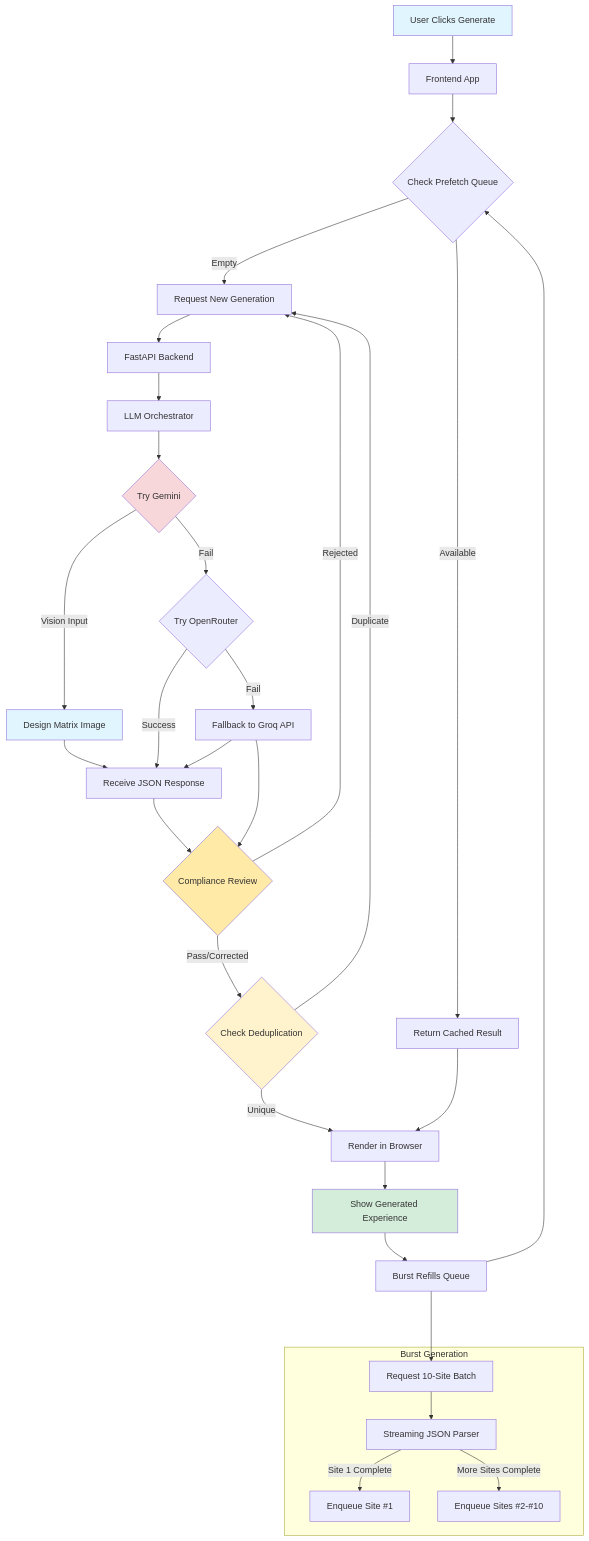
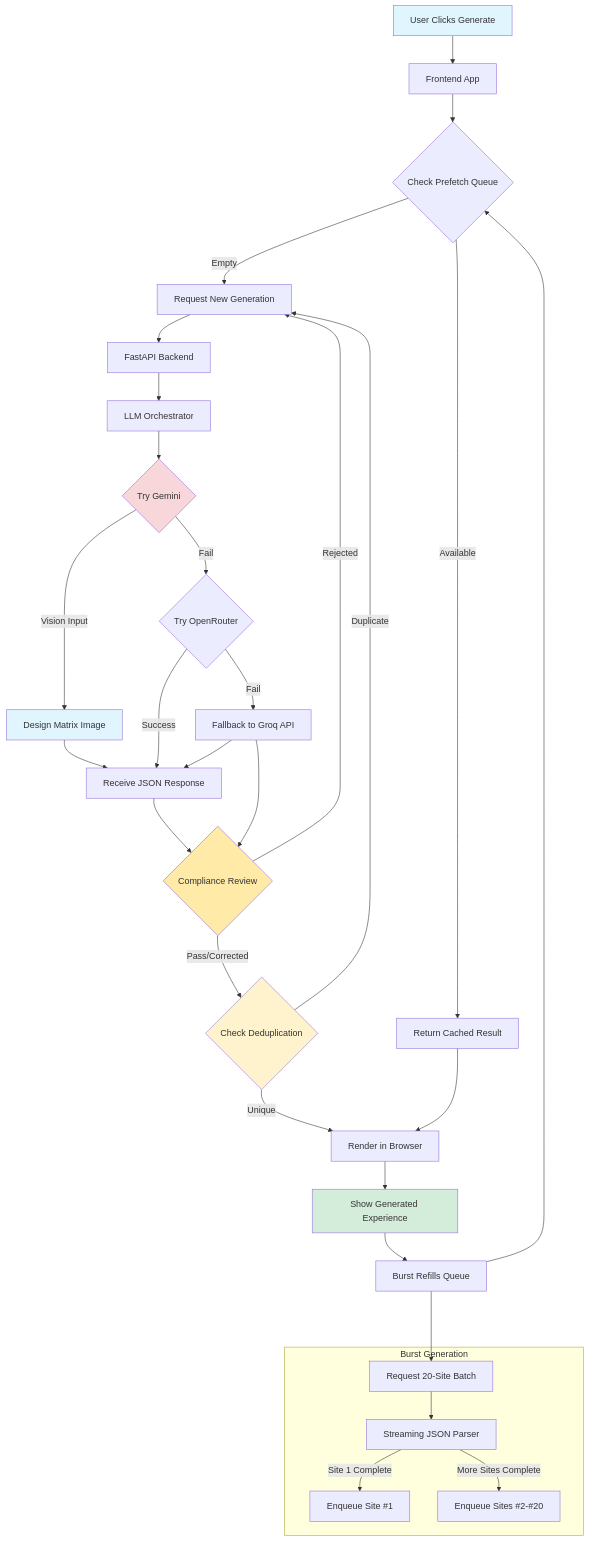
Before and after one commit to lesprgm/Roulette: the diagram in README.md, drawn with Mermaid. The commit also changed other lines of this file and 16 other files, not shown here.

````diff
--- a/README.md
+++ b/README.md
@@ -54,44 +54,44 @@
 ```mermaid
 graph TD
     A[User Clicks Generate] --> B[Frontend App]
     B --> C{Check Prefetch Queue}
     C -->|Available| D[Return Cached Result]
     C -->|Empty| E[Request New Generation]
     E --> F[FastAPI Backend]
     F --> G[LLM Orchestrator]
     G --> H{Try Gemini}
     H -->|Vision Input| H2[Design Matrix Image]
     H2 --> I[Receive JSON Response]
     H -->|Fail| J{Try OpenRouter}
     J -->|Success| I
     J -->|Fail| K[Fallback to Groq API]
     K --> I
     I --> L[Normalize & Validate]
     K --> L{Compliance Review}
     L -->|Pass/Corrected| M{Check Deduplication}
     L -->|Rejected| E
     M -->|Unique| N[Render in Browser]
     M -->|Duplicate| E
     N --> O[Show Generated Experience]
     O --> P[Burst Refills Queue]
     P --> C
     D --> N
 
     subgraph Burst Generation
-    P1[Request 10-Site Batch]
+    P1[Request 20-Site Batch]
     P2[Streaming JSON Parser]
     P3[Enqueue Site #1]
-    P4[Enqueue Sites #2-#10]
+    P4[Enqueue Sites #2-#20]
     P1 --> P2
     P2 -->|Site 1 Complete| P3
     P2 -->|More Sites Complete| P4
     end
     P ---> P1
 
     style A fill:#e1f5ff
     style O fill:#d4edda
     style L fill:#ffeaa7
     style M fill:#fff3cd
     style H fill:#f8d7da
     style H2 fill:#e1f5ff
 ```
````
